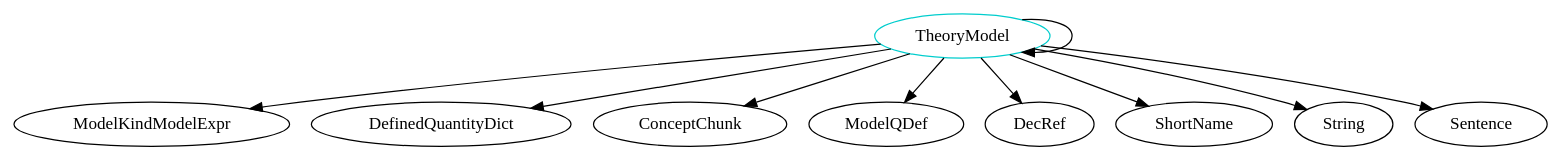
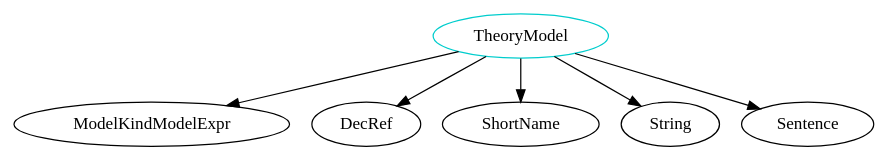
The diagram in analysis/TypeDependencyGraphs/theory/TheoryModel.dot (JacquesCarette/Drasil), drawn with Graphviz before and after one commit. The commit also changed 500 other files, not shown here.

```diff
--- a/analysis/TypeDependencyGraphs/theory/TheoryModel.dot
+++ b/analysis/TypeDependencyGraphs/theory/TheoryModel.dot
@@ -1,12 +1,8 @@
 digraph theorymodel{
 TheoryModel	[shape=oval, color=cyan3, label="TheoryModel"];
 TheoryModel -> ModelKindModelExpr;
-TheoryModel -> TheoryModel;
-TheoryModel -> DefinedQuantityDict;
-TheoryModel -> ConceptChunk;
-TheoryModel -> ModelQDef;
 TheoryModel -> DecRef;
 TheoryModel -> ShortName;
 TheoryModel -> String;
 TheoryModel -> Sentence;
 }
```
